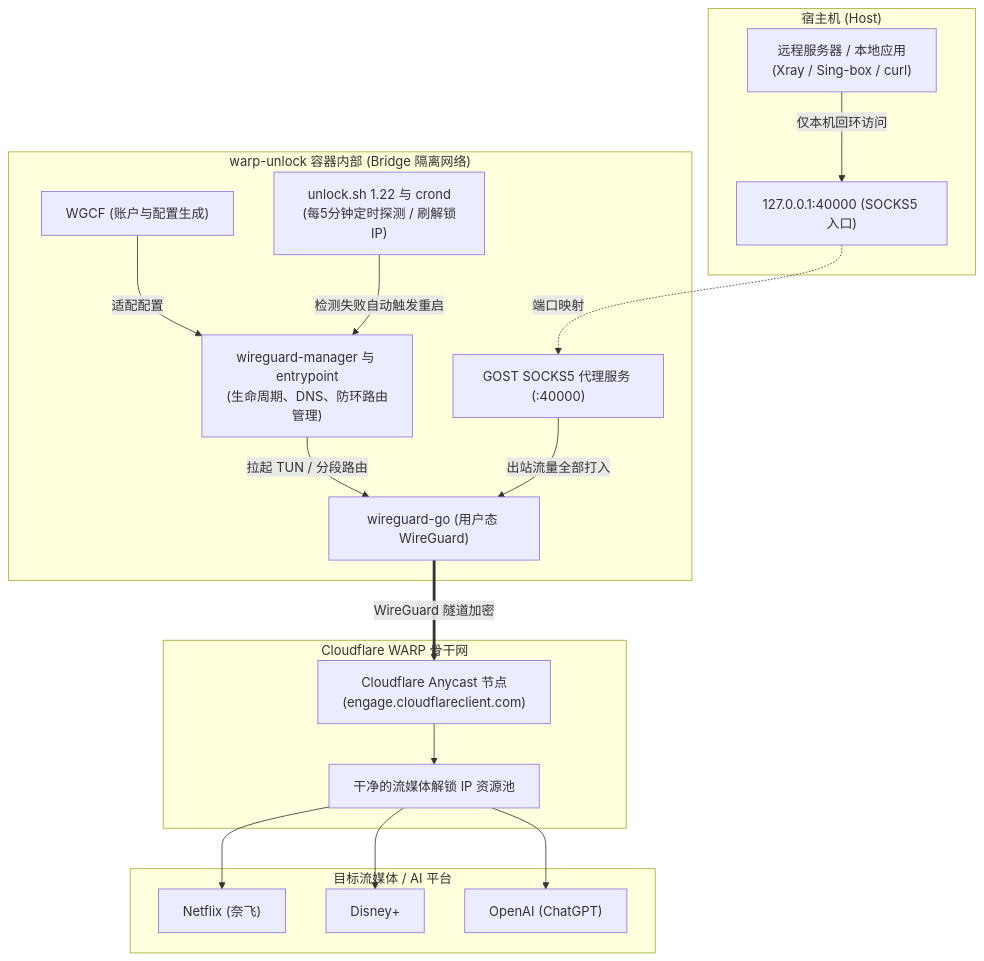
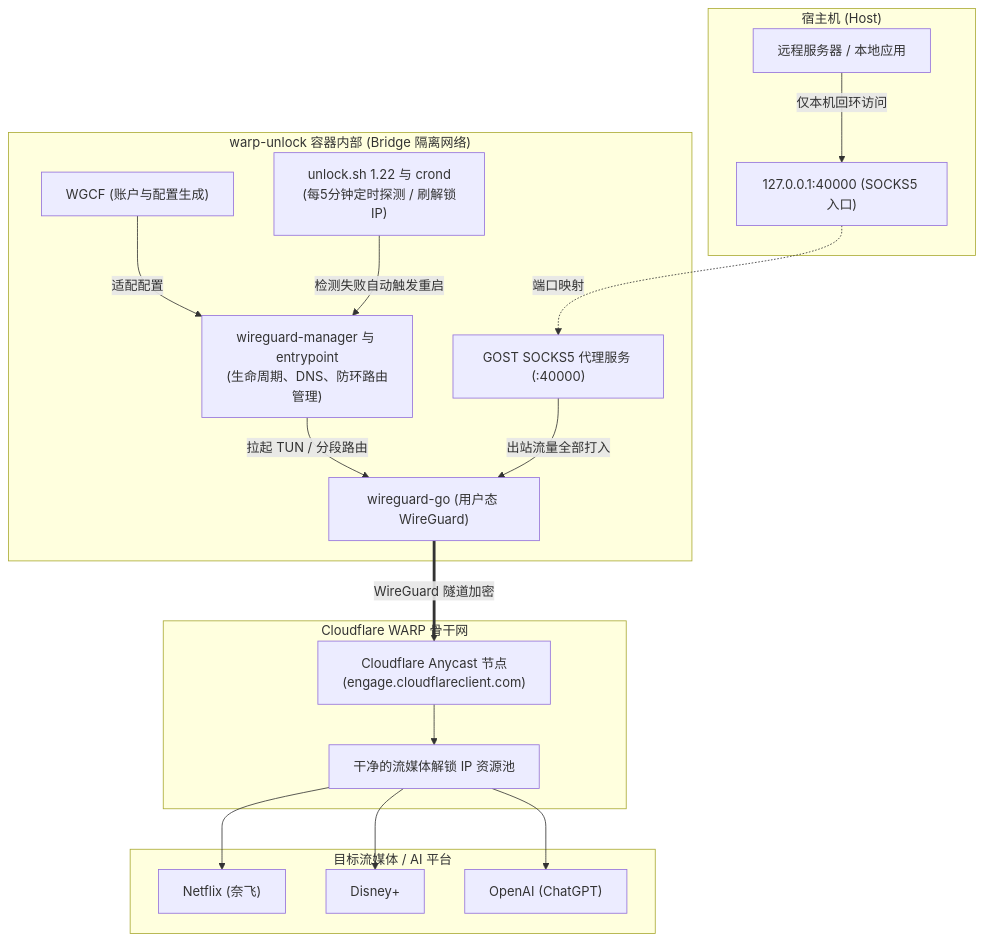
One commit to hausthy/cloudflare-warp-unlock changed the first of 2 diagrams in README.md. Above: the diagram before and after it, drawn with Mermaid.

Commit message:
docs: rename proxy references to remote server

````diff
--- a/README.md
+++ b/README.md
@@ -38,39 +38,39 @@
 ```mermaid
 flowchart TD
     subgraph Host["宿主机 (Host)"]
-        Client["远程服务器 / 本地应用<br>(Xray / Sing-box / curl)"]
+        Client["远程服务器 / 本地应用<br>"]
         SocksPort["127.0.0.1:40000 (SOCKS5 入口)"]
         Client -->|仅本机回环访问| SocksPort
     end
 
     subgraph Container["warp-unlock 容器内部 (Bridge 隔离网络)"]
         Gost["GOST SOCKS5 代理服务 (:40000)"]
         SocksPort -.->|端口映射| Gost
 
         Manager["wireguard-manager 与 entrypoint<br>(生命周期、DNS、防环路由管理)"]
         WGCF["WGCF (账户与配置生成)"]
         WGGo["wireguard-go (用户态 WireGuard)"]
         Unlock["unlock.sh 1.22 与 crond<br>(每5分钟定时探测 / 刷解锁IP)"]
 
         WGCF -->|适配配置| Manager
         Manager -->|拉起 TUN / 分段路由| WGGo
         Gost -->|出站流量全部打入| WGGo
         Unlock -->|检测失败自动触发重启| Manager
     end
 
     subgraph Cloudflare["Cloudflare WARP 骨干网"]
         Endpoint["Cloudflare Anycast 节点<br>(engage.cloudflareclient.com)"]
         CFIP["干净的流媒体解锁 IP 资源池"]
         WGGo ==>|WireGuard 隧道加密| Endpoint
         Endpoint --> CFIP
     end
 
     subgraph Targets["目标流媒体 / AI 平台"]
         Netflix["Netflix (奈飞)"]
         Disney["Disney+"]
         ChatGPT["OpenAI (ChatGPT)"]
         CFIP --> Netflix
         CFIP --> Disney
         CFIP --> ChatGPT
     end
 ```
````
